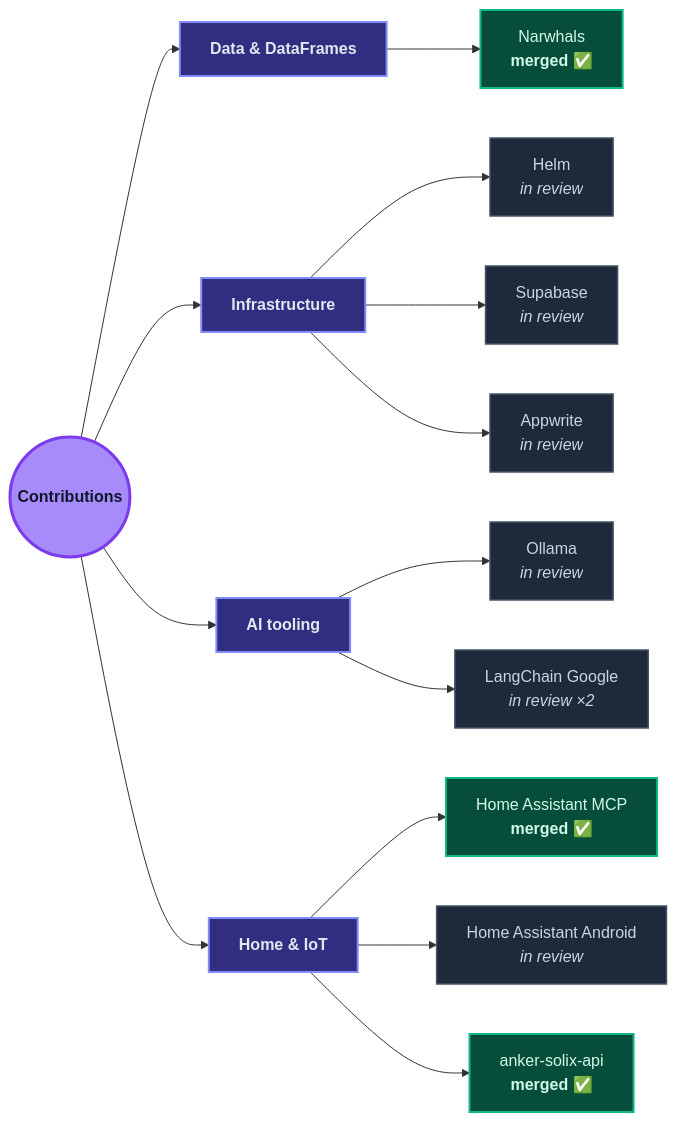
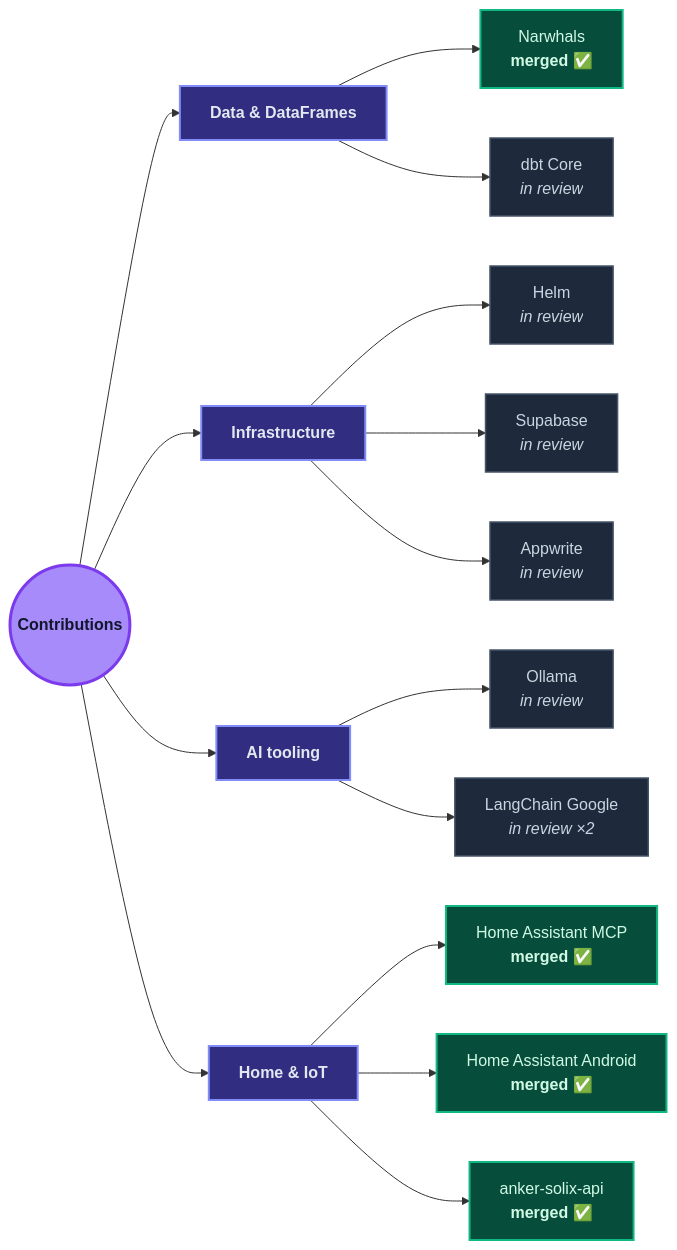
The third of 3 diagrams in README.md (Shaan-alpha/Shaan-alpha), drawn with Mermaid before and after one commit. The commit also changed other lines of this file, not shown here.

````diff
--- a/README.md
+++ b/README.md
@@ -329,28 +330,29 @@
 ```mermaid
 flowchart LR
     ME(("<b>Contributions</b>"))
 
     ME --> DATA["<b>Data &amp; DataFrames</b>"]
     ME --> INFRA["<b>Infrastructure</b>"]
     ME --> AI["<b>AI tooling</b>"]
     ME --> IOT["<b>Home &amp; IoT</b>"]
 
     DATA --> N["Narwhals<br/><b>merged ✅</b>"]
+    DATA --> DBT["dbt Core<br/><i>in review</i>"]
     INFRA --> H["Helm<br/><i>in review</i>"]
     INFRA --> S["Supabase<br/><i>in review</i>"]
     INFRA --> AP["Appwrite<br/><i>in review</i>"]
     AI --> O["Ollama<br/><i>in review</i>"]
     AI --> LG["LangChain Google<br/><i>in review ×2</i>"]
     IOT --> HM["Home Assistant MCP<br/><b>merged ✅</b>"]
-    IOT --> HA["Home Assistant Android<br/><i>in review</i>"]
+    IOT --> HA["Home Assistant Android<br/><b>merged ✅</b>"]
     IOT --> AS["anker-solix-api<br/><b>merged ✅</b>"]
 
     classDef root fill:#a78bfa,stroke:#7c3aed,stroke-width:3px,color:#0f172a
     classDef area fill:#312e81,stroke:#818cf8,stroke-width:2px,color:#e2e8f0
     classDef merged fill:#064e3b,stroke:#10b981,stroke-width:2px,color:#d1fae5
     classDef review fill:#1e293b,stroke:#475569,stroke-width:1.5px,color:#cbd5e1
     class ME root
     class DATA,INFRA,AI,IOT area
-    class N,HM,AS merged
-    class H,S,AP,O,LG,HA review
+    class N,HM,HA,AS merged
+    class H,S,AP,O,LG,DBT review
 ```
````
